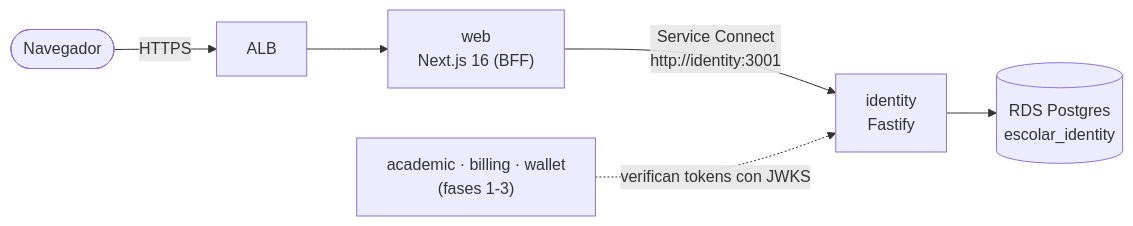
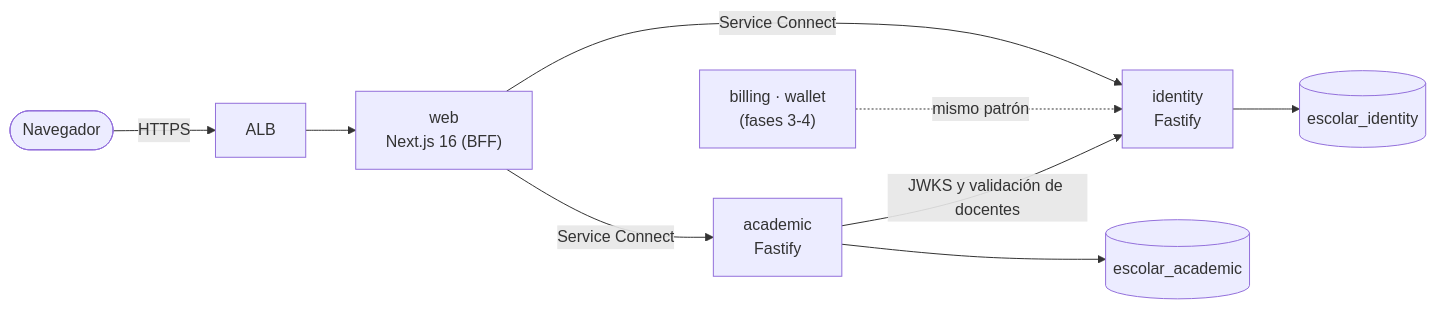
Before and after one commit to Jcontreras013/appAlumnos: the diagram in README.md, drawn with Mermaid. The commit also changed other lines of this file and 87 other files, not shown here.

````diff
--- a/README.md
+++ b/README.md
@@ -23,8 +24,11 @@
 ```mermaid
 flowchart LR
   navegador([Navegador]) -->|HTTPS| alb[ALB]
   alb --> web["web<br/>Next.js 16 (BFF)"]
-  web -->|Service Connect<br/>http://identity:3001| identity["identity<br/>Fastify"]
-  identity --> db[(RDS Postgres<br/>escolar_identity)]
-  futuros["academic · billing · wallet<br/>(fases 1-3)"] -. verifican tokens con JWKS .-> identity
+  web -->|Service Connect| identity["identity<br/>Fastify"]
+  web -->|Service Connect| academic["academic<br/>Fastify"]
+  academic -->|JWKS y validación de docentes| identity
+  identity --> dbi[(escolar_identity)]
+  academic --> dba[(escolar_academic)]
+  futuros["billing · wallet<br/>(fases 3-4)"] -. mismo patrón .-> identity
 ```
````
